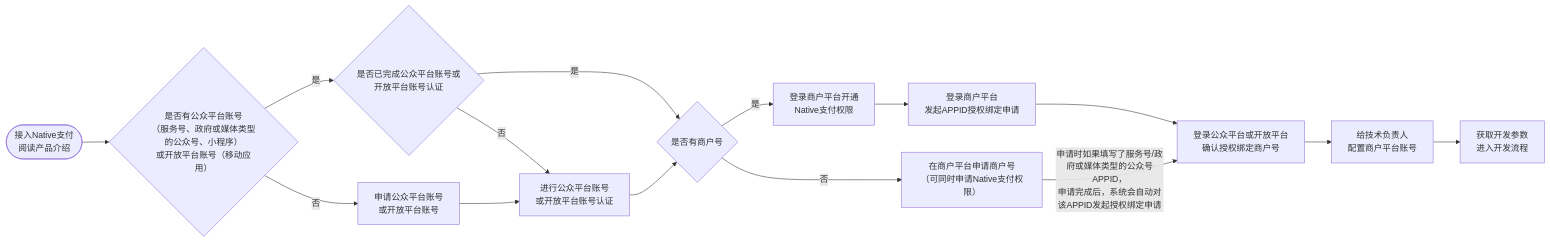
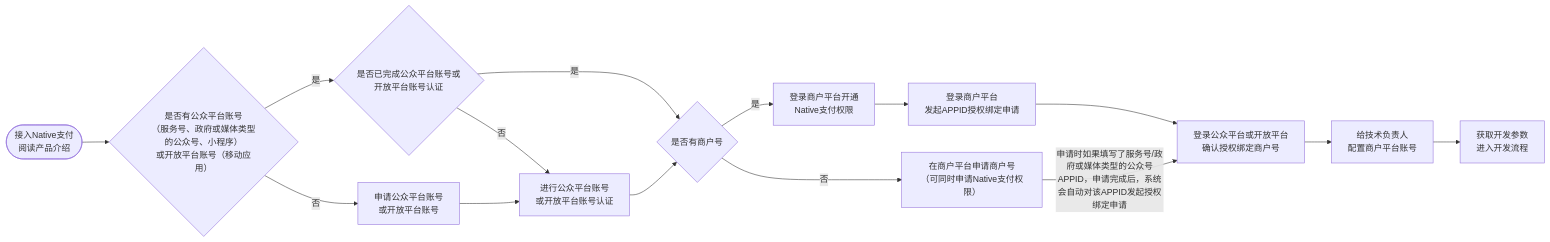
Before and after one commit to minibear2021/wechatpay_docs: the diagram in docs/merchant/pages/4015614538.md, drawn with Mermaid. The commit also changed other lines of this file and 46 other files, not shown here.

````diff
--- a/docs/merchant/pages/4015614538.md
+++ b/docs/merchant/pages/4015614538.md
@@ -3,32 +3,32 @@
 ```mermaid
 flowchart LR
     B(["接入Native支付<br/>阅读产品介绍"])
     A{"是否有公众平台账号<br/>（服务号、政府或媒体类型的公众号、小程序）<br/>或开放平台账号（移动应用）"}
     C{是否已完成公众平台账号或开放平台账号认证}
     E{是否有商户号}
     F["登录商户平台开通<br/>Native支付权限"]
     G["登录商户平台<br/>发起APPID授权绑定申请"]
     H["登录公众平台或开放平台<br/>确认授权绑定商户号"]
     I["给技术负责人<br/>配置商户平台账号"]
     K["申请公众平台账号<br/>或开放平台账号"]
     L["进行公众平台账号<br/>或开放平台账号认证"]
     O["在商户平台申请商户号<br/>（可同时申请Native支付权限）"]
     D["获取开发参数<br/>进入开发流程"]
     B --> A
     A -->|是| C
 C -->|是| E
     E -->|是| F
     F --> G
     G --> H
     H --> I
     A -->|否| K
     K --> L
     C -->|否| L
     E -->|否| O
     L --> E
-    O -->|"申请时如果填写了服务号/政府或媒体类型的公众号APPID，<br/>申请完成后，系统会自动对该APPID发起授权绑定申请"| H
+    O -->|"申请时如果填写了服务号/政府或媒体类型的公众号APPID，申请完成后，系统会自动对该APPID发起授权绑定申请"| H
     I --> D
     A@{ w: 310.5, h: 266.5 }
     C@{ w: 213.3, h: 132.5 }
     E@{ w: 210, h: 111.4 }
 ```
````
